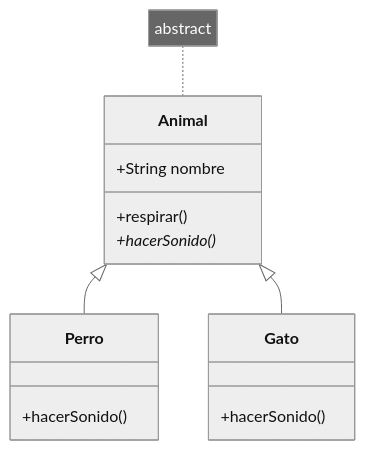
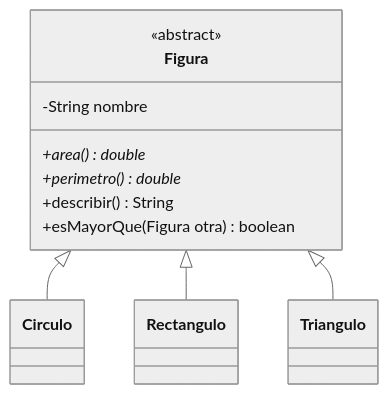
The diagram in public/documents/semester-1/3/1354.md (djaimej/computer-science-template), drawn with Mermaid (neutral theme) before and after one commit. The commit also changed other lines of this file and 4 other files, not shown here.

````diff
--- a/public/documents/semester-1/3/1354.md
+++ b/public/documents/semester-1/3/1354.md
@@ -76,17 +89,14 @@
 ```mermaid
 classDiagram
-    class Animal {
-        +String nombre
-        +respirar()
-        +hacerSonido()*
-    }
-    class Perro {
-        +hacerSonido()
-    }
-    class Gato {
-        +hacerSonido()
-    }
-    note for Animal "abstract"
-    Animal <|-- Perro
-    Animal <|-- Gato
+  class Figura {
+    <<abstract>>
+    -String nombre
+    +area()* double
+    +perimetro()* double
+    +describir() String
+    +esMayorQue(Figura otra) boolean
+  }
+  Figura <|-- Circulo
+  Figura <|-- Rectangulo
+  Figura <|-- Triangulo
 ```
````
